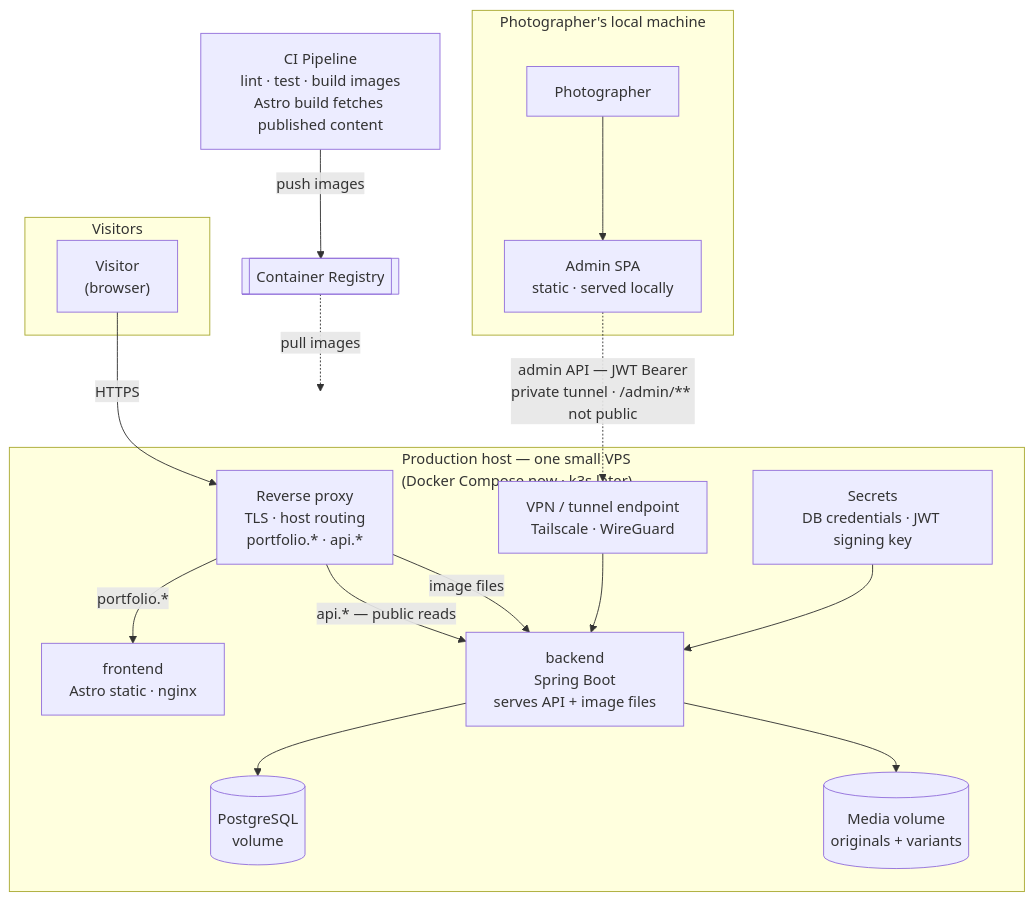
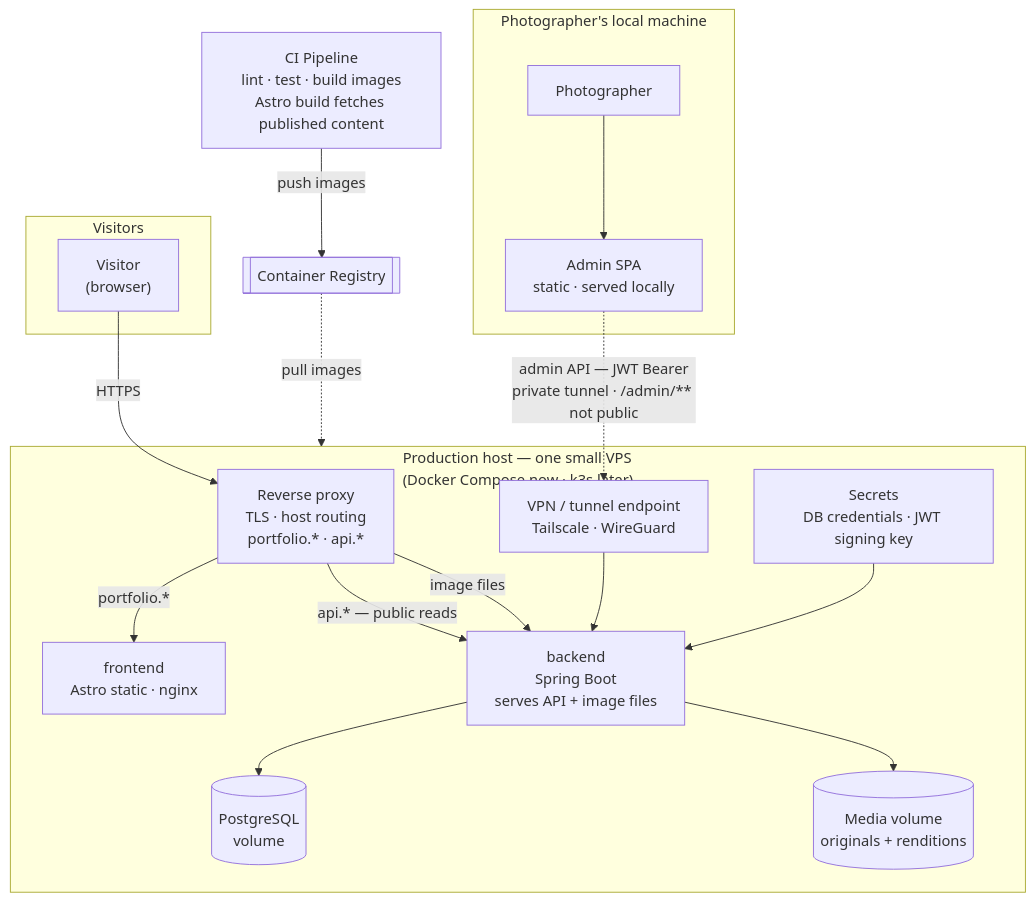
Before and after one commit to toledobrendo/btagila-portfolio: the first of 5 diagrams in ARCHITECTURE.md, drawn with Mermaid. The commit also changed other lines of this file and 5 other files, not shown here.

First line of the commit message:
docs: pin media pipeline to a fixed rendition ladder (originals ≤2048px)

````diff
--- a/ARCHITECTURE.md
+++ b/ARCHITECTURE.md
@@ -9,40 +9,40 @@
 ```mermaid
 graph TB
     subgraph visitors[Visitors]
         V["Visitor<br/>(browser)"]
     end
 
     subgraph localm["Photographer's local machine"]
         P["Photographer"] --> AD["Admin SPA<br/>static · served locally"]
     end
 
     REG[["Container Registry"]]
     CI["CI Pipeline<br/>lint · test · build images<br/>Astro build fetches published content"]
 
     subgraph host["Production host — one small VPS<br/>(Docker Compose now · k3s later)"]
         ING["Reverse proxy<br/>TLS · host routing<br/>portfolio.* · api.*"]
         TT["VPN / tunnel endpoint<br/>Tailscale · WireGuard"]
 
         FE["frontend<br/>Astro static · nginx"]
         BE["backend<br/>Spring Boot<br/>serves API + image files"]
 
         PG[("PostgreSQL<br/>volume")]
-        MEDIA[("Media volume<br/>originals + variants")]
+        MEDIA[("Media volume<br/>originals + renditions")]
         SEC["Secrets<br/>DB credentials · JWT signing key"]
     end
 
     V -->|HTTPS| ING
     ING -->|"portfolio.*"| FE
     ING -->|"api.* — public reads"| BE
     ING -->|"image files"| BE
 
     AD -.->|"admin API — JWT Bearer<br/>private tunnel · /admin/** not public"| TT
     TT --> BE
 
     BE --> PG
     BE --> MEDIA
     SEC --> BE
 
     CI -->|push images| REG
     REG -.->|pull images| host
 ```
````
